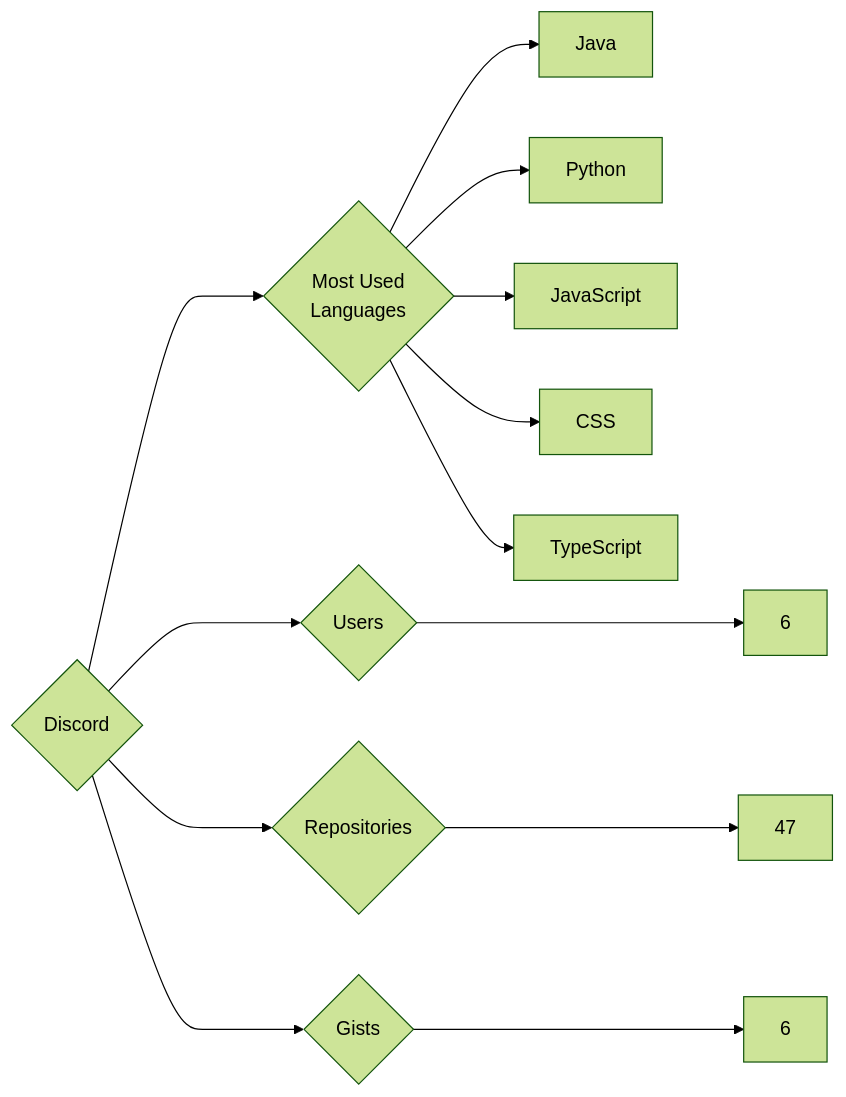
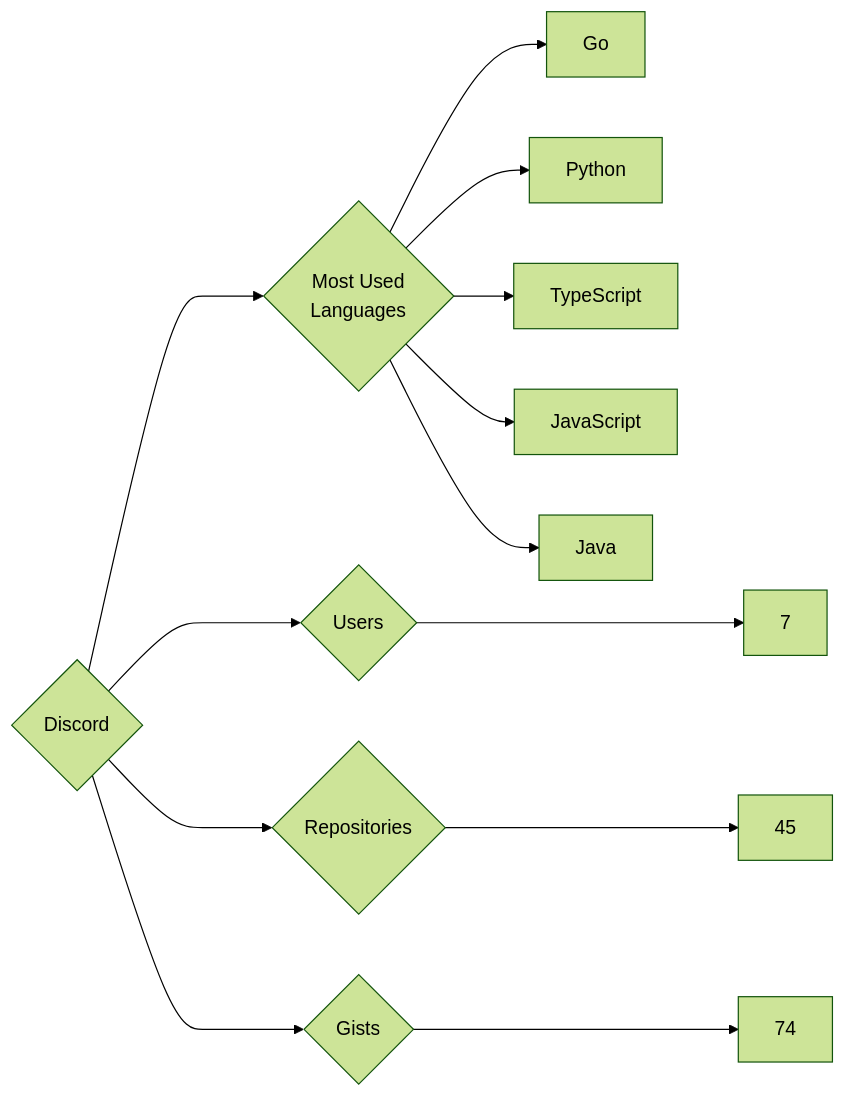
Before and after one commit to trickest/insiders: the diagram in targets/Discord/README.md, drawn with Mermaid (forest theme). The commit also changed 1055 other files, not shown here.

````diff
--- a/targets/Discord/README.md
+++ b/targets/Discord/README.md
@@ -3,13 +3,13 @@
 ```mermaid
 graph LR
 COMPANY_NAME{Discord}
-COMPANY_NAME ---> U{Users} ---> UN[6]
-COMPANY_NAME ---> R{Repositories} ---> RN[47]
-COMPANY_NAME ---> G{Gists} ---> GN[6]
+COMPANY_NAME ---> U{Users} ---> UN[7]
+COMPANY_NAME ---> R{Repositories} ---> RN[45]
+COMPANY_NAME ---> G{Gists} ---> GN[74]
 COMPANY_NAME ---> ML{Most Used<br>Languages}
+ML --> Go[Go]
+ML --> Python[Python]
+ML --> TypeScript[TypeScript]
+ML --> JavaScript[JavaScript]
 ML --> Java[Java]
-ML --> Python[Python]
-ML --> JavaScript[JavaScript]
-ML --> CSS[CSS]
-ML --> TypeScript[TypeScript]
 ```
````
